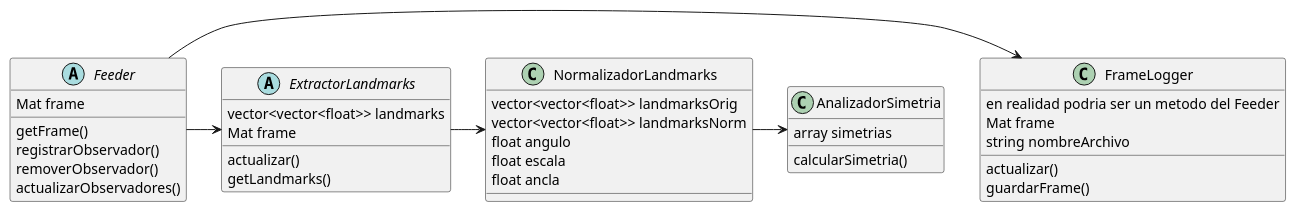
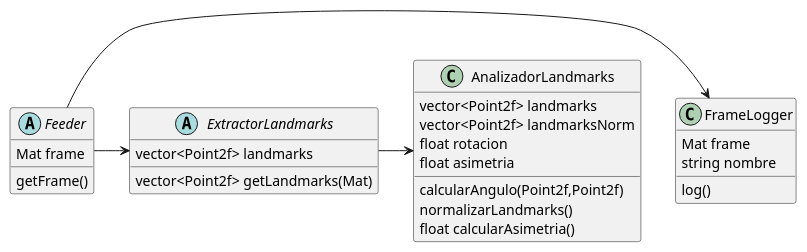
Before and after one commit to agustinavila/ProyectoVision: the first of 4 diagrams in Diagrama.puml, drawn with PlantUML. The commit also changed other lines of this file and 21 other files, not shown here.

```diff
--- a/Diagrama.puml
+++ b/Diagrama.puml
@@ -3,50 +3,36 @@
 @startuml proyectoVision
 
 abstract class Feeder{
-
 	Mat frame
 	getFrame()
-	registrarObservador()
-	removerObservador()
-	actualizarObservadores()
 }
 
 class FrameLogger{
-	en realidad podria ser un metodo del Feeder
 	Mat frame
-	string nombreArchivo
-	actualizar()
-	guardarFrame()
+	string nombre
+	log()
 }
 Feeder -> FrameLogger
 
 Feeder->ExtractorLandmarks
 
 abstract class ExtractorLandmarks{
 	'debe definir todos los datos necesarios
 	'y los metodos para extraer y registrar los datos
 
-	vector<vector<float>> landmarks
-	Mat frame
-	actualizar()
-	getLandmarks()
+	vector<Point2f> landmarks
+	vector<Point2f> getLandmarks(Mat)
 }
 
-ExtractorLandmarks->NormalizadorLandmarks
+ExtractorLandmarks->AnalizadorLandmarks
 
-class NormalizadorLandmarks{
-	vector<vector<float>> landmarksOrig
-	vector<vector<float>> landmarksNorm
-	float angulo
-	float escala
-	float ancla
+class AnalizadorLandmarks{
+	vector<Point2f> landmarks
+	vector<Point2f> landmarksNorm
+	float rotacion
+	float asimetria
+	calcularAngulo(Point2f,Point2f)
+	normalizarLandmarks()
+	float calcularAsimetria()
 }
-
-class AnalizadorSimetria{
-array simetrias
-calcularSimetria()
-}
-
-NormalizadorLandmarks -> AnalizadorSimetria
-
 @enduml
```
